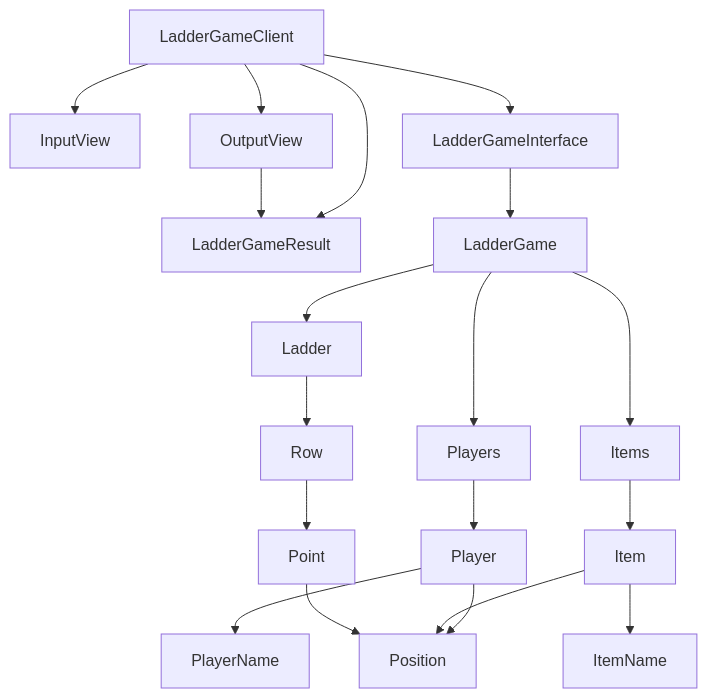
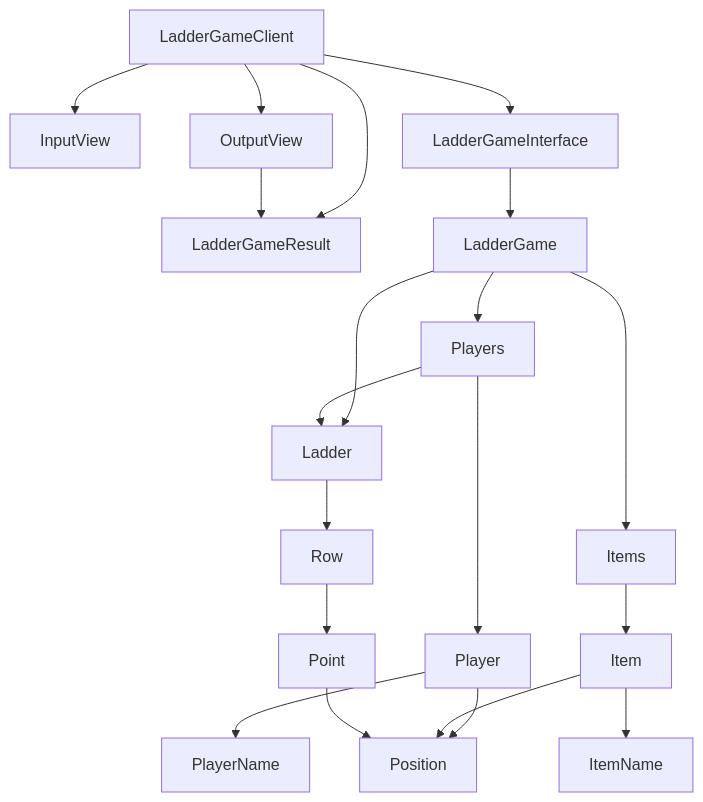
One commit to woowacourse/java-ladder changed the diagram in README.md. Above: the diagram before and after it, drawn with Mermaid.

Commit message:
docs(README): 의존성 추가

````diff
--- a/README.md
+++ b/README.md
@@ -5,27 +5,28 @@
 ```mermaid
 graph TD
 
 LadderGameClient --> InputView
 LadderGameClient --> OutputView
 LadderGameClient --> LadderGameInterface
 LadderGameClient --> LadderGameResult
 OutputView --> LadderGameResult
 
 LadderGameInterface --> LadderGame
 LadderGame -->Ladder
 Ladder --> Row
 Row --> Point
 
 LadderGame --> Players
 Players --> Player
 Player --> PlayerName
 Player --> Position
+Players --> Ladder
 
 LadderGame --> Items
 Items --> Item
 Item --> ItemName
 Item --> Position
 
 Point --> Position
 
 ```
````
